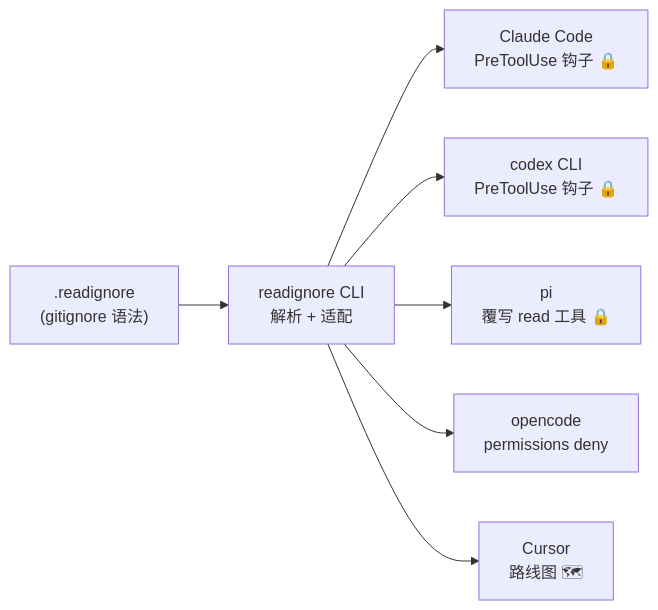
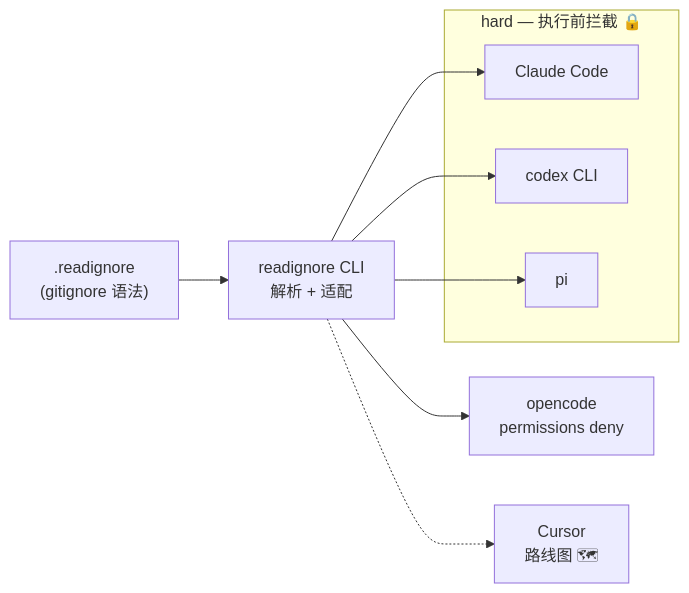
Before and after one commit to 0xByteBard404/readignore: the diagram in README.zh-CN.md, drawn with Mermaid. The commit also changed 1 other file, not shown here.

Commit message:
docs: mermaid — subgraph hard + dashed roadmap + flowchart

````diff
--- a/README.zh-CN.md
+++ b/README.zh-CN.md
@@ -27,9 +27,12 @@
 ```mermaid
-graph LR
+flowchart LR
   RI[".readignore<br/>(gitignore 语法)"] --> CLI["readignore CLI<br/>解析 + 适配"]
-  CLI --> CC["Claude Code<br/>PreToolUse 钩子 🔒"]
-  CLI --> CX["codex CLI<br/>PreToolUse 钩子 🔒"]
-  CLI --> PI["pi<br/>覆写 read 工具 🔒"]
+  subgraph hard ["hard — 执行前拦截 🔒"]
+    CC["Claude Code"]
+    CX["codex CLI"]
+    PI["pi"]
+  end
+  CLI --> CC & CX & PI
   CLI --> OC["opencode<br/>permissions deny"]
-  CLI --> CU["Cursor<br/>路线图 🗺"]
+  CLI -.-> CU["Cursor<br/>路线图 🗺"]
 ```
````
